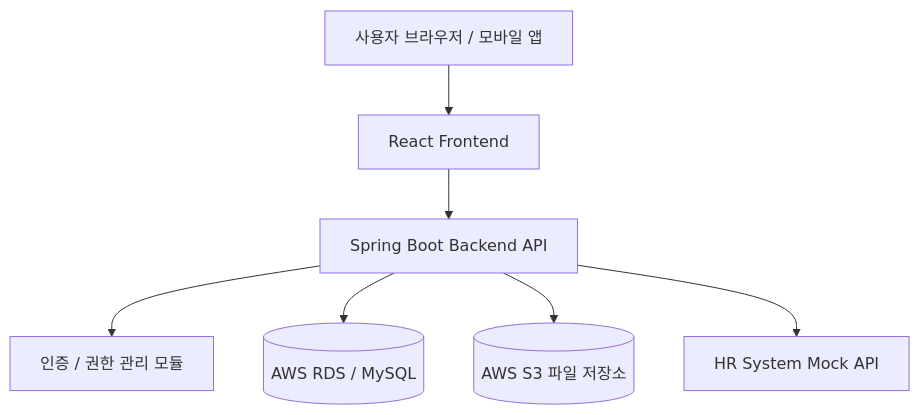
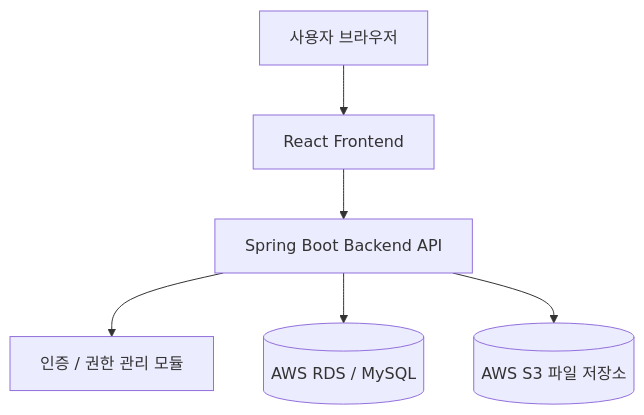
Before and after one commit to dh1180/se: the diagram in doc/Test_Report.md, drawn with Mermaid. The commit also changed other lines of this file, not shown here.

````diff
--- a/doc/Test_Report.md
+++ b/doc/Test_Report.md
@@ -323,17 +305,15 @@
 ```mermaid
 flowchart TB
-    User[사용자 브라우저 / 모바일 앱]
+    User[사용자 브라우저]
     FE[React Frontend]
     BE[Spring Boot Backend API]
     Auth[인증 / 권한 관리 모듈]
     DB[(AWS RDS / MySQL)]
     Storage[(AWS S3 파일 저장소)]
-    HR[HR System Mock API]
 
     User --> FE
     FE --> BE
     BE --> Auth
     BE --> DB
     BE --> Storage
-    BE --> HR
 ```
````
